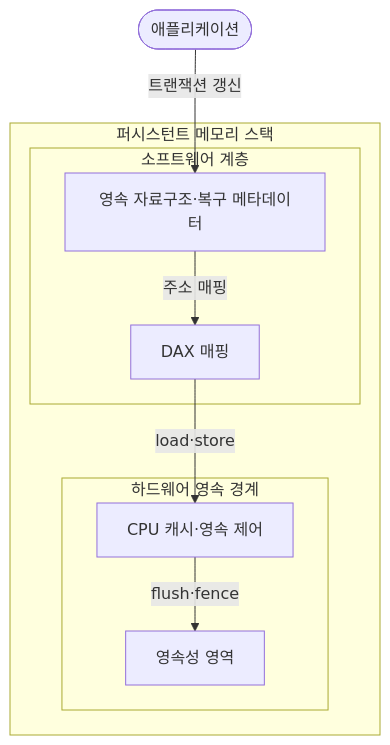
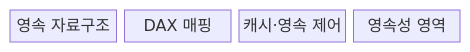
The first of 2 diagrams in src/content/docs/notes/02-hardware/082_persistent_memory.md (agnusdei1207/knowledge-base), drawn with Mermaid before and after one commit. The commit also changed other lines of this file and 20 other files, not shown here.

````diff
--- a/src/content/docs/notes/02-hardware/082_persistent_memory.md
+++ b/src/content/docs/notes/02-hardware/082_persistent_memory.md
@@ -68,18 +66,8 @@
 ```mermaid
-flowchart TB
-    A([애플리케이션])
-    subgraph PM["퍼시스턴트 메모리 스택"]
-        subgraph SW["소프트웨어 계층"]
-            S["영속 자료구조·복구 메타데이터"]
-            D["DAX 매핑"]
-            S -->|"주소 매핑"| D
-        end
-        subgraph HW["하드웨어 영속 경계"]
-            C["CPU 캐시·영속 제어"]
-            P["영속성 영역"]
-            C -->|"flush·fence"| P
-        end
-        D -->|"load·store"| C
-    end
-    A -->|"트랜잭션 갱신"| S
+block
+  columns 4
+  A["영속 자료구조"]
+  B["DAX 매핑"]
+  C["캐시·영속 제어"]
+  D["영속성 영역"]
 ```
````
